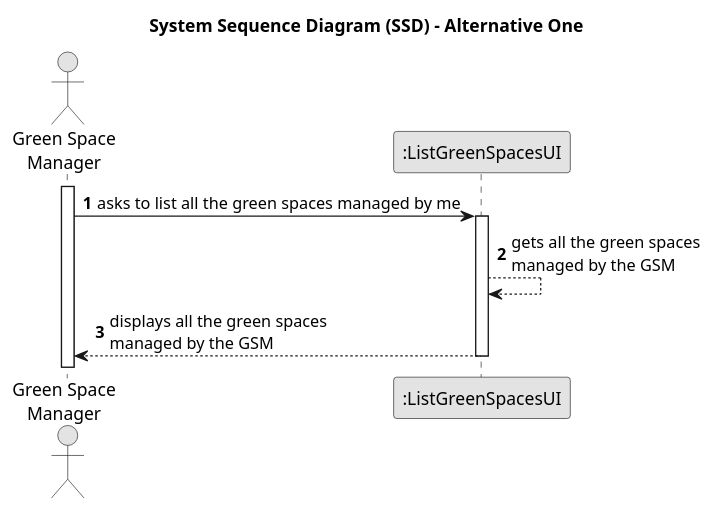
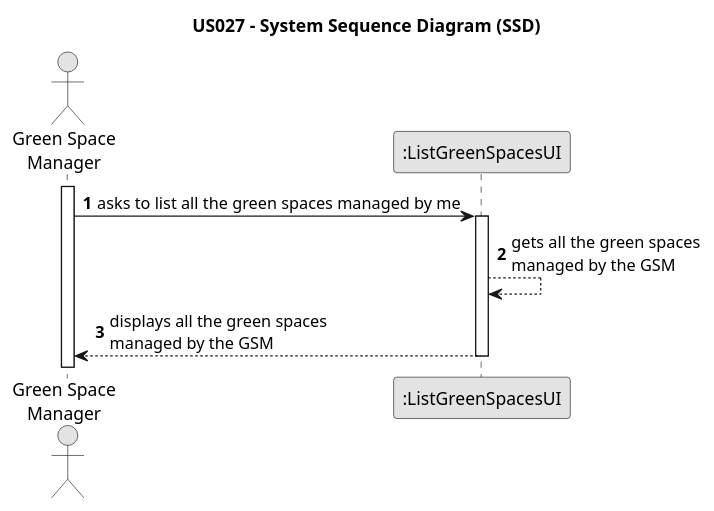
One commit to Rui-San/LAPR2_2023_2024 changed the diagram in docs/sprintC/us027/01.requirements-engineering/puml/us027-system-sequence-diagram.puml. Above: the diagram before and after it, drawn with PlantUML. The commit also changed 4 other files, not shown here.

Commit message:
just corrected the title of some diagrams

```diff
--- a/docs/sprintC/us027/01.requirements-engineering/puml/us027-system-sequence-diagram.puml
+++ b/docs/sprintC/us027/01.requirements-engineering/puml/us027-system-sequence-diagram.puml
@@ -1,22 +1,22 @@
 @startuml
 skinparam monochrome true
 skinparam packageStyle rectangle
 skinparam shadowing false
 
-title System Sequence Diagram (SSD) - Alternative One
+title US027 - System Sequence Diagram (SSD)
 
 autonumber
 
 actor "Green Space\nManager" as GSM
 participant ":ListGreenSpacesUI" as UI
 
 activate GSM
 
     GSM -> UI : asks to list all the green spaces managed by me
     activate UI
 
         UI --> UI : gets all the green spaces\nmanaged by the GSM
         UI --> GSM : displays all the green spaces\nmanaged by the GSM
     deactivate UI
 
 @enduml
```
